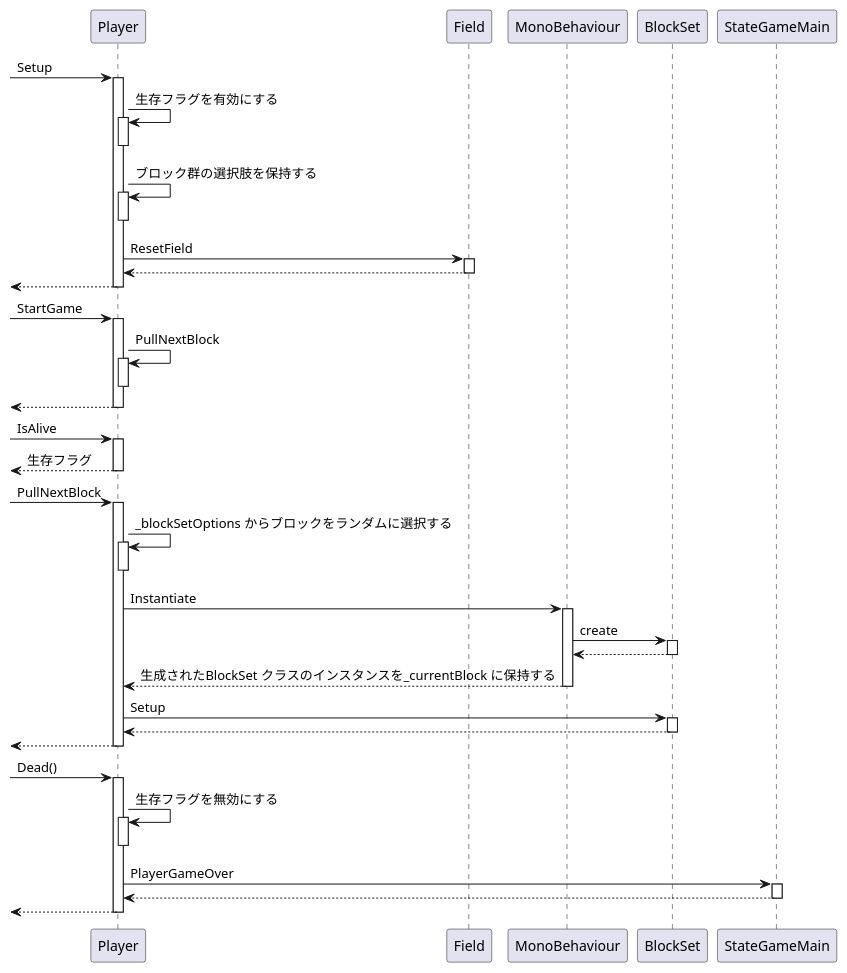
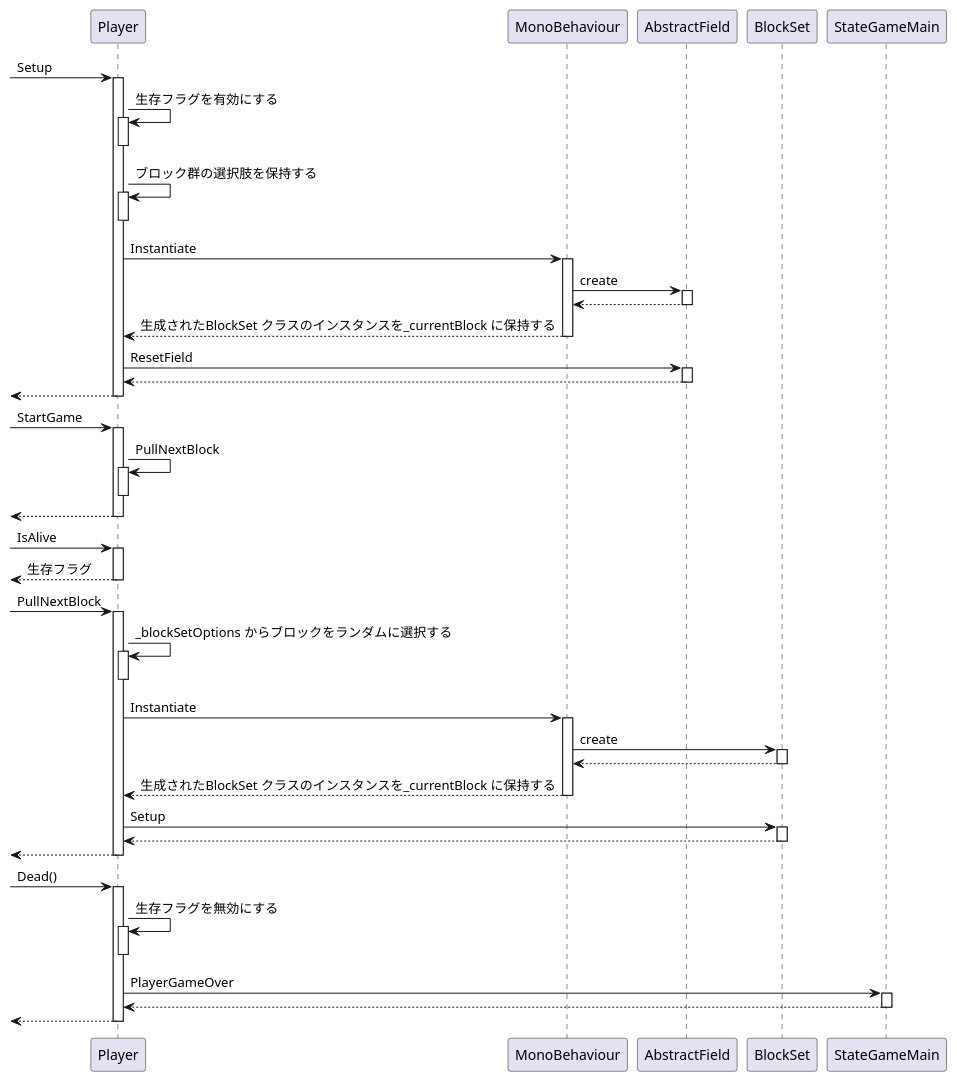
The diagram in Documents/PlantUML/SQD_Player.pu (azarashin/UnityTetris), drawn with PlantUML before and after one commit. The commit also changed 6 other files, not shown here.

```diff
--- a/Documents/PlantUML/SQD_Player.pu
+++ b/Documents/PlantUML/SQD_Player.pu
@@ -1,65 +1,73 @@
 @startuml
 
 [-> Player : Setup
 activate Player
     Player -> Player : 生存フラグを有効にする
     activate Player
     deactivate Player
     Player -> Player : ブロック群の選択肢を保持する
     activate Player
     deactivate Player
-    Player -> Field : ResetField
-    activate Field
-        Player <-- Field
-    deactivate Field
+    Player -> MonoBehaviour : Instantiate
+    activate MonoBehaviour
+        MonoBehaviour -> AbstractField : create
+        activate AbstractField
+            MonoBehaviour <-- AbstractField
+        deactivate AbstractField
+        Player <-- MonoBehaviour : 生成されたBlockSet クラスのインスタンスを_currentBlock に保持する
+    deactivate MonoBehaviour
+    Player -> AbstractField : ResetField
+    activate AbstractField
+        Player <-- AbstractField
+    deactivate AbstractField
     [<-- Player
 deactivate Player
 
 [-> Player : StartGame
 activate Player
     Player -> Player : PullNextBlock
     activate Player
     deactivate Player
     [<-- Player
 deactivate Player
 
 [-> Player : IsAlive
 activate Player
     [<-- Player : 生存フラグ
 deactivate Player
 
 
 [-> Player : PullNextBlock
 activate Player
     Player -> Player : _blockSetOptions からブロックをランダムに選択する
     activate Player
     deactivate Player
     Player -> MonoBehaviour : Instantiate
     activate MonoBehaviour
         MonoBehaviour -> BlockSet : create
         activate BlockSet
             MonoBehaviour <-- BlockSet
         deactivate BlockSet
         Player <-- MonoBehaviour : 生成されたBlockSet クラスのインスタンスを_currentBlock に保持する
     deactivate MonoBehaviour
     Player -> BlockSet : Setup
     activate BlockSet
         Player <-- BlockSet
     deactivate BlockSet
     [<-- Player
 deactivate Player
 
 [-> Player : Dead()
 activate Player
     Player -> Player : 生存フラグを無効にする
     activate Player
     deactivate Player
     Player -> StateGameMain : PlayerGameOver
     activate StateGameMain
         Player <-- StateGameMain
     deactivate StateGameMain
     [<-- Player
 deactivate Player
 
 
 @enduml
```
